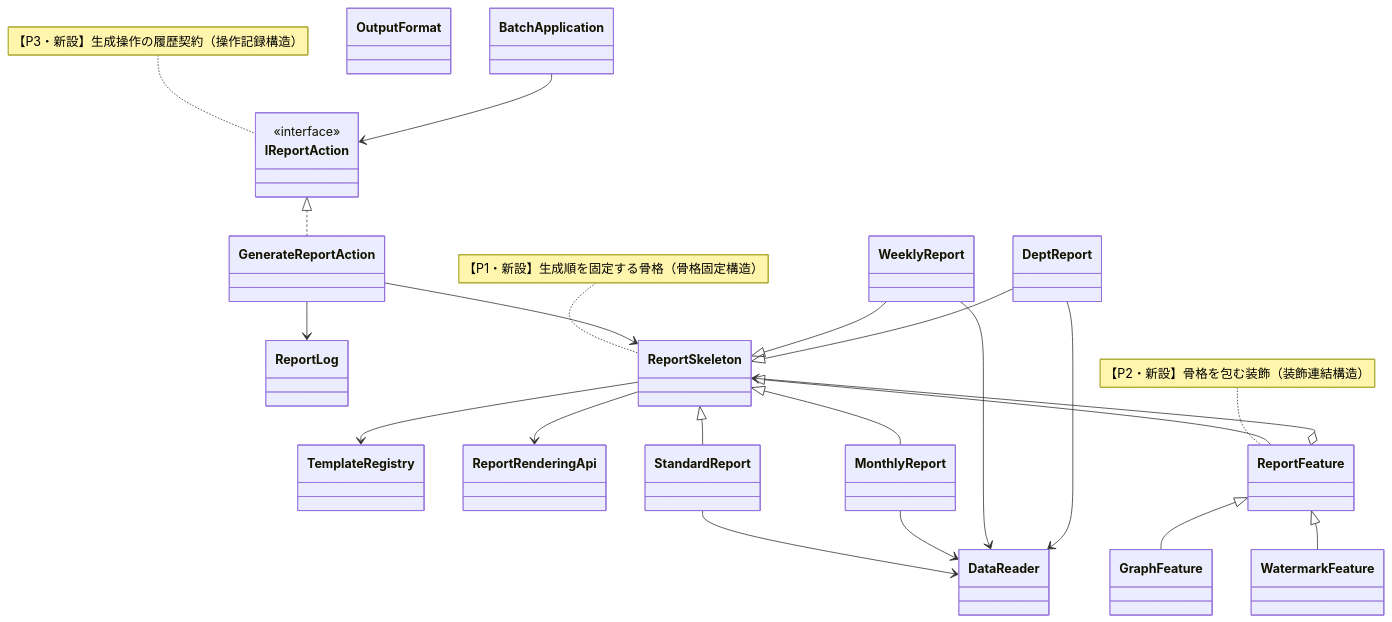
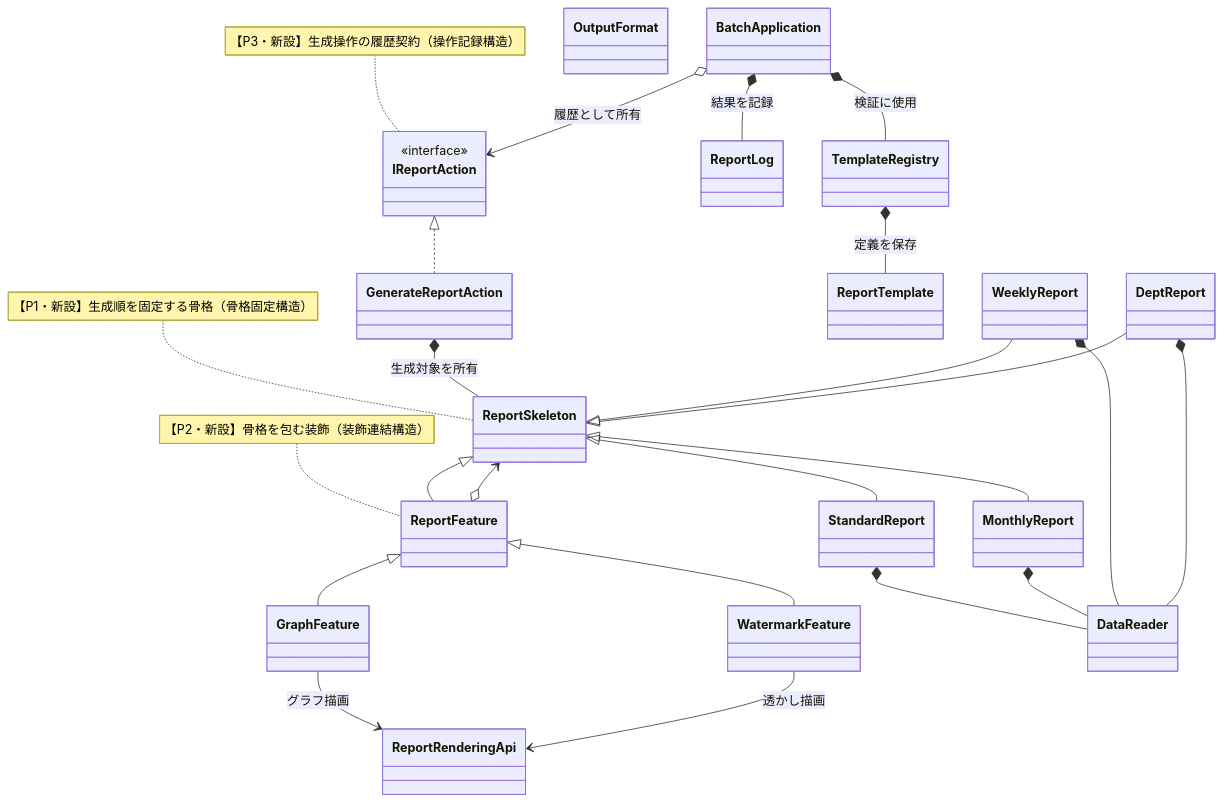
The eighth of 12 diagrams in kindle/design-patterns/output/chapter11.md (kumachan1101-pixel/DesignPattern), drawn with Mermaid before and after one commit. The commit also changed other lines of this file and 3 other files, not shown here.

Commit message:
docs: revise chapters 11 and 12 review flow

````diff
--- a/kindle/design-patterns/output/chapter11.md
+++ b/kindle/design-patterns/output/chapter11.md
@@ -1722,44 +2222,47 @@
 ```mermaid
 classDiagram
     class WeeklyReport
     class DeptReport
     class TemplateRegistry
+    class ReportTemplate
     class ReportRenderingApi
     class ReportLog
     class BatchApplication
     class OutputFormat
     class ReportSkeleton
     class StandardReport
     class MonthlyReport
     class ReportFeature
     class GraphFeature
     class WatermarkFeature
     class DataReader
     class IReportAction { <<interface>> }
     class GenerateReportAction
     ReportSkeleton <|-- StandardReport
     ReportSkeleton <|-- MonthlyReport
     ReportSkeleton <|-- ReportFeature
     ReportFeature o--> ReportSkeleton
     ReportFeature <|-- GraphFeature
     ReportFeature <|-- WatermarkFeature
     IReportAction <|.. GenerateReportAction
-    GenerateReportAction --> ReportSkeleton
+    GenerateReportAction *-- ReportSkeleton : 生成対象を所有
     WeeklyReport --|> ReportSkeleton
     DeptReport --|> ReportSkeleton
-    StandardReport --> DataReader
-    MonthlyReport --> DataReader
-    WeeklyReport --> DataReader
-    DeptReport --> DataReader
-    ReportSkeleton --> TemplateRegistry
-    ReportSkeleton --> ReportRenderingApi
-    GenerateReportAction --> ReportLog
-    BatchApplication --> IReportAction
+    StandardReport *-- DataReader
+    MonthlyReport *-- DataReader
+    WeeklyReport *-- DataReader
+    DeptReport *-- DataReader
+    GraphFeature --> ReportRenderingApi : グラフ描画
+    WatermarkFeature --> ReportRenderingApi : 透かし描画
+    BatchApplication *-- TemplateRegistry : 検証に使用
+    TemplateRegistry *-- ReportTemplate : 定義を保存
+    BatchApplication *-- ReportLog : 結果を記録
+    BatchApplication o--> IReportAction : 履歴として所有
 
     note for ReportSkeleton "【P1・新設】生成順を固定する骨格（骨格固定構造）"
     note for ReportFeature "【P2・新設】骨格を包む装飾（装飾連結構造）"
     note for IReportAction "【P3・新設】生成操作の履歴契約（操作記録構造）"
 
     classDef focus fill:#FFF2CC,stroke:#D6B656,stroke-width:2px,color:#222222
     cssClass "ReportSkeleton,StandardReport,MonthlyReport,ReportFeature,GraphFeature,WatermarkFeature,IReportAction,GenerateReportAction" focus
 ```
````
